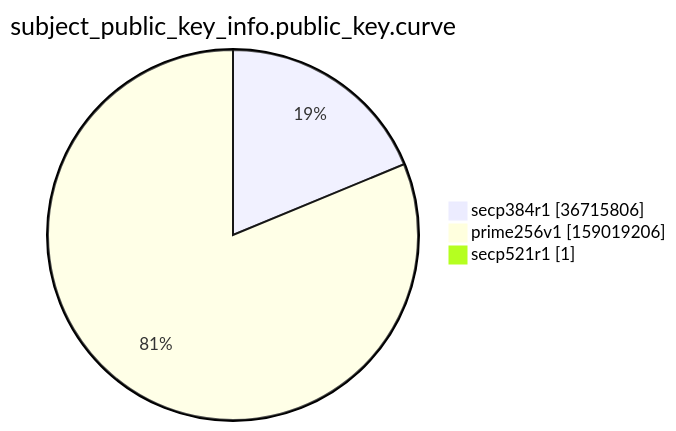
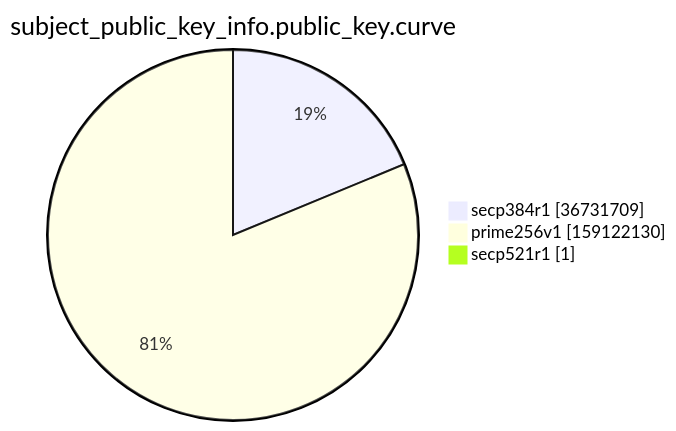
Before and after one commit to christiankrug/ctmonitor_visualization: the ninth of 15 diagrams in argon2022/README.md, drawn with Mermaid. The commit also changed other lines of this file, not shown here.

````diff
--- a/argon2022/README.md
+++ b/argon2022/README.md
@@ -2766,7 +2766,7 @@
 ```mermaid
 pie showData
 title subject_public_key_info.public_key.curve
-"secp384r1" :36715806
-"prime256v1" :159019206
+"secp384r1" :36731709
+"prime256v1" :159122130
 "secp521r1" :1
 ```
````
